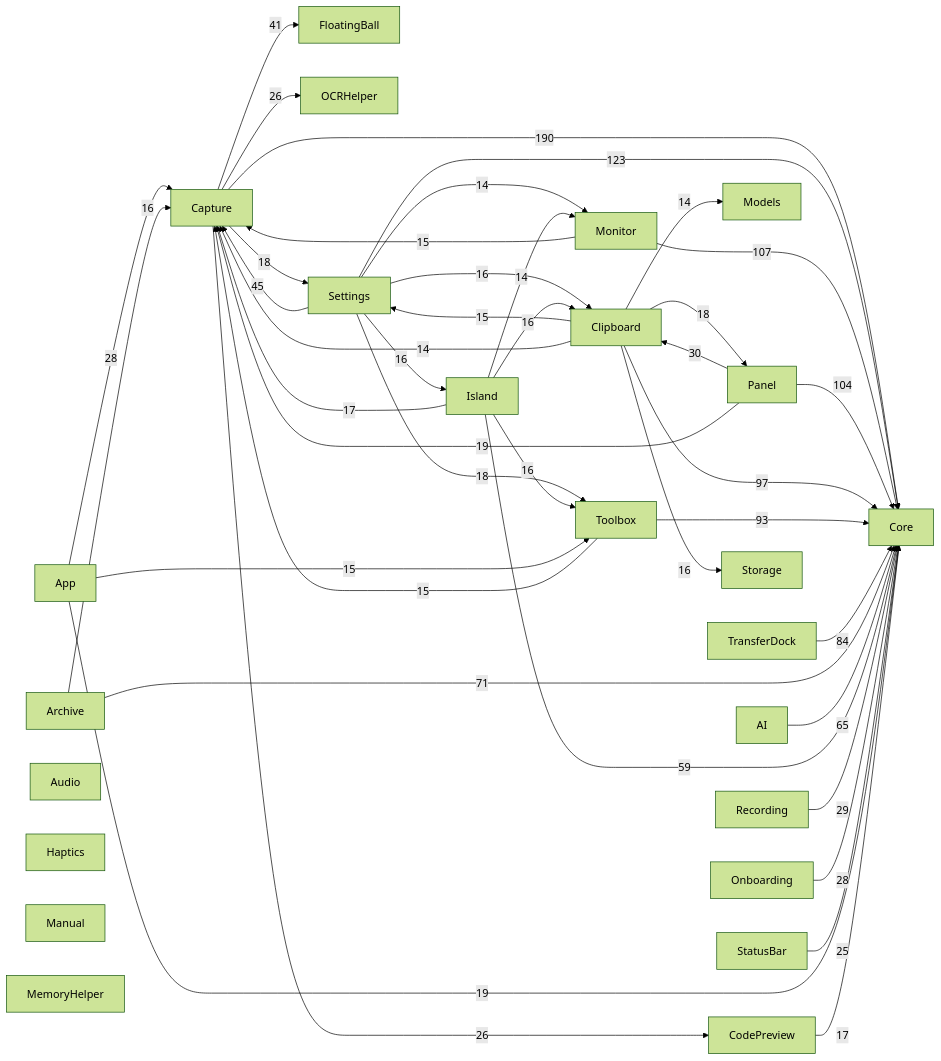
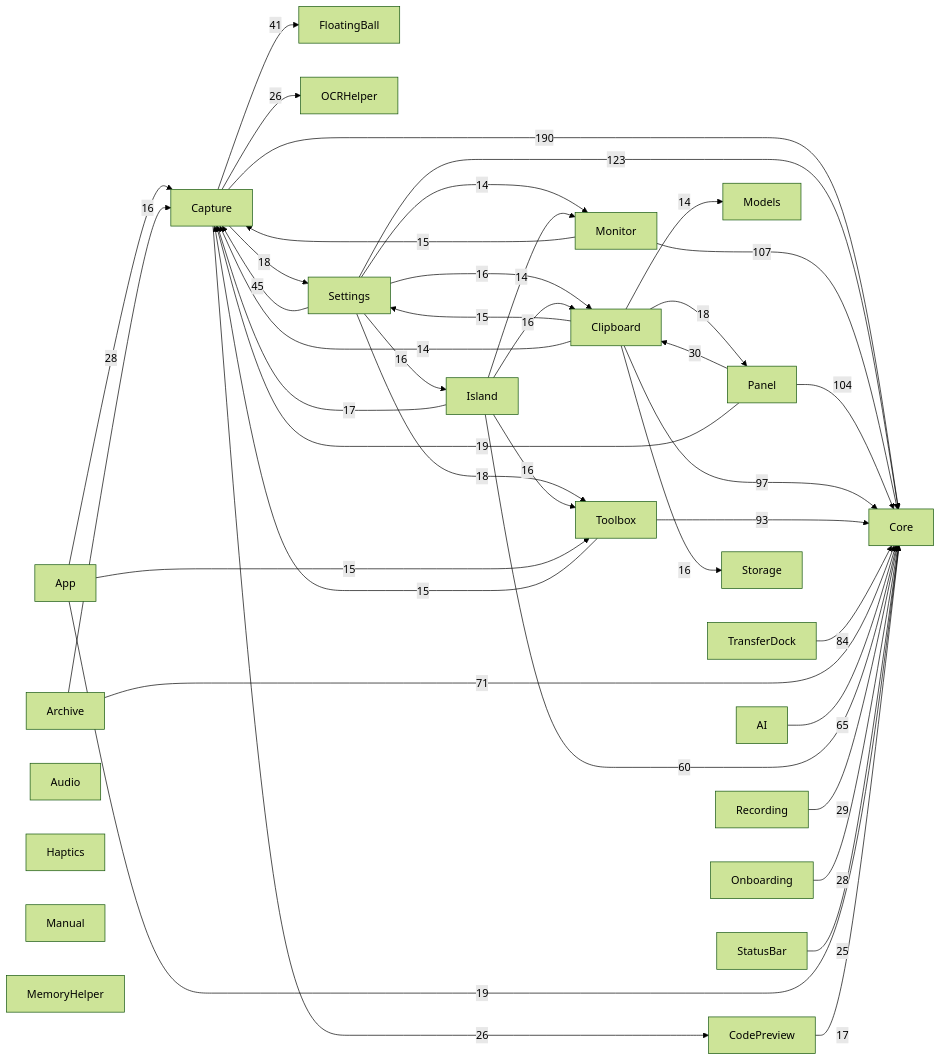
One commit to sxyq/Kitnest changed the diagram in docs/00-总览/模块依赖图.md. Above: the diagram before and after it, drawn with Mermaid (forest theme). The commit also changed other lines of this file and 10 other files, not shown here.

````diff
--- a/docs/00-总览/模块依赖图.md
+++ b/docs/00-总览/模块依赖图.md
@@ -38,67 +38,67 @@
 ```mermaid
 flowchart LR
   M0["AI"]
   M1["App"]
   M2["Archive"]
   M3["Audio"]
   M4["Capture"]
   M5["Clipboard"]
   M6["CodePreview"]
   M7["Core"]
   M8["FloatingBall"]
   M9["Haptics"]
   M10["Island"]
   M11["Manual"]
   M12["MemoryHelper"]
   M13["Models"]
   M14["Monitor"]
   M15["OCRHelper"]
   M16["Onboarding"]
   M17["Panel"]
   M18["Recording"]
   M19["Settings"]
   M20["StatusBar"]
   M21["Storage"]
   M22["Toolbox"]
   M23["TransferDock"]
   M4 -->|190| M7
   M19 -->|123| M7
   M14 -->|107| M7
   M17 -->|104| M7
   M5 -->|97| M7
   M22 -->|93| M7
   M23 -->|84| M7
   M2 -->|71| M7
   M0 -->|65| M7
-  M10 -->|59| M7
+  M10 -->|60| M7
   M19 -->|45| M4
   M4 -->|41| M8
   M17 -->|30| M5
   M18 -->|29| M7
   M1 -->|28| M4
   M16 -->|28| M7
   M4 -->|26| M15
   M4 -->|26| M6
   M20 -->|25| M7
   M1 -->|19| M7
   M17 -->|19| M4
   M19 -->|18| M22
   M4 -->|18| M19
   M5 -->|18| M17
   M6 -->|17| M7
   M10 -->|17| M4
   M19 -->|16| M5
   M19 -->|16| M10
   M2 -->|16| M4
+  M10 -->|16| M5
   M10 -->|16| M22
-  M10 -->|16| M5
   M5 -->|16| M21
   M1 -->|15| M22
   M14 -->|15| M4
   M22 -->|15| M4
   M5 -->|15| M19
   M19 -->|14| M14
   M10 -->|14| M14
   M5 -->|14| M4
   M5 -->|14| M13
 ```
````
